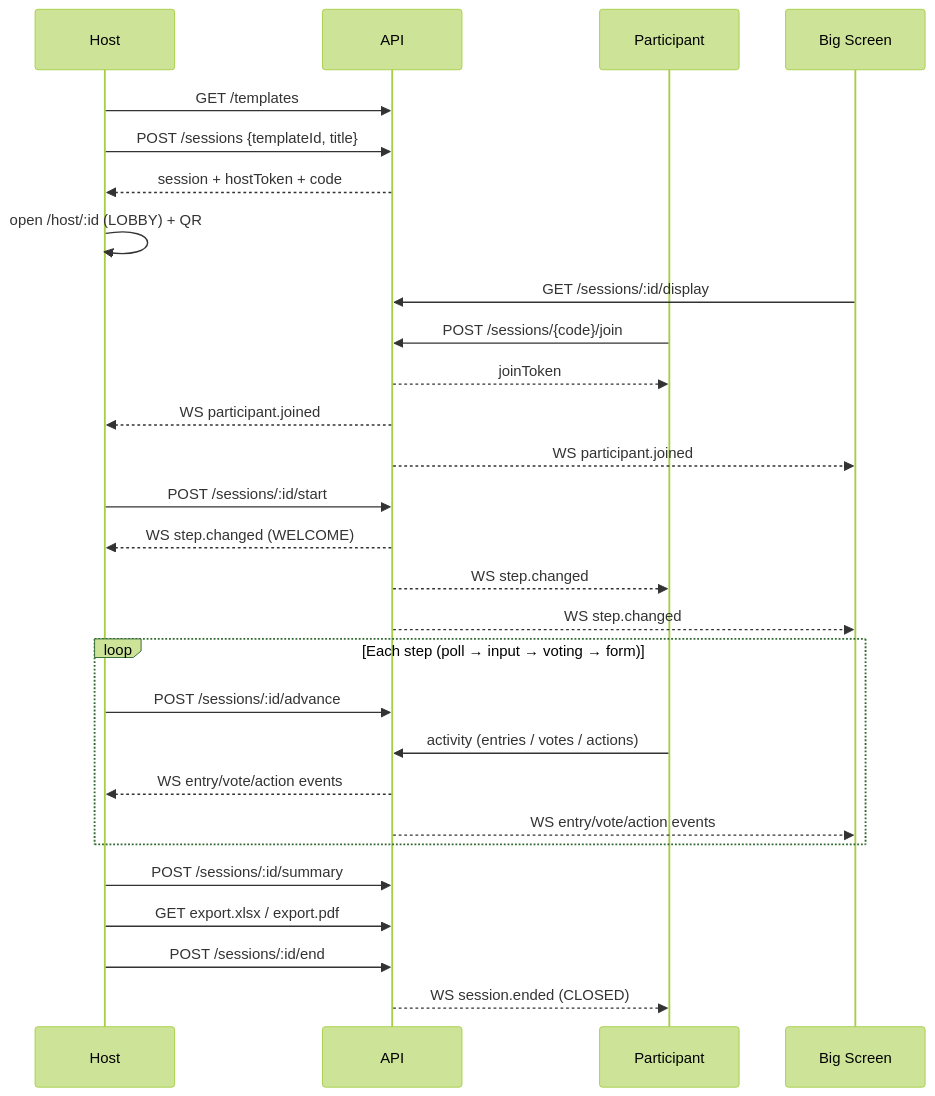
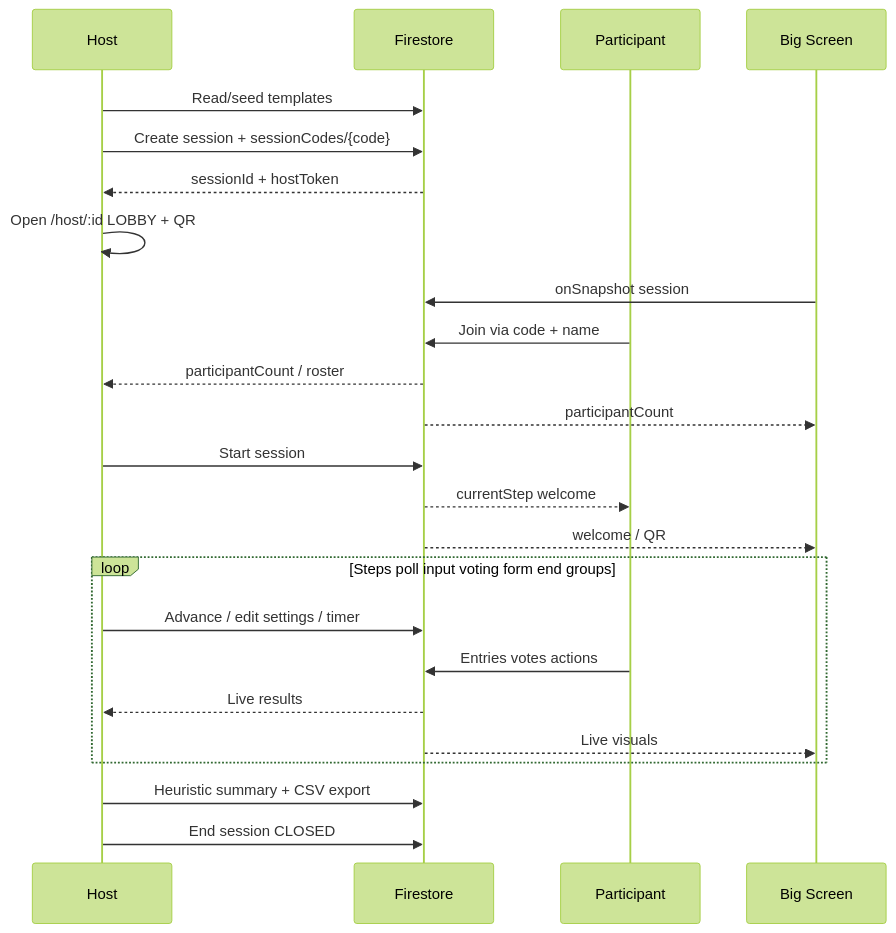
The diagram in docs/FLOWS.md (lebaotrung93z/workshop-os), drawn with Mermaid (forest theme) before and after one commit. The commit also changed other lines of this file and 7 other files, not shown here.

First line of the commit message:
Add big-screen highlight zoom and keep host steps in sync

````diff
--- a/docs/FLOWS.md
+++ b/docs/FLOWS.md
@@ -33,31 +34,27 @@
 ```mermaid
 sequenceDiagram
   participant H as Host
-  participant API as API
+  participant FS as Firestore
   participant P as Participant
   participant D as Big Screen
 
-  H->>API: GET /templates
-  H->>API: POST /sessions {templateId, title}
-  API-->>H: session + hostToken + code
-  H->>H: open /host/:id (LOBBY) + QR
-  D->>API: GET /sessions/:id/display
-  P->>API: POST /sessions/{code}/join
-  API-->>P: joinToken
-  API-->>H: WS participant.joined
-  API-->>D: WS participant.joined
-  H->>API: POST /sessions/:id/start
-  API-->>H: WS step.changed (WELCOME)
-  API-->>P: WS step.changed
-  API-->>D: WS step.changed
-  loop Each step (poll → input → voting → form)
-    H->>API: POST /sessions/:id/advance
-    P->>API: activity (entries / votes / actions)
-    API-->>H: WS entry/vote/action events
-    API-->>D: WS entry/vote/action events
+  H->>FS: Read/seed templates
+  H->>FS: Create session + sessionCodes/{code}
+  FS-->>H: sessionId + hostToken
+  H->>H: Open /host/:id LOBBY + QR
+  D->>FS: onSnapshot session
+  P->>FS: Join via code + name
+  FS-->>H: participantCount / roster
+  FS-->>D: participantCount
+  H->>FS: Start session
+  FS-->>P: currentStep welcome
+  FS-->>D: welcome / QR
+  loop Steps poll input voting form end groups
+    H->>FS: Advance / edit settings / timer
+    P->>FS: Entries votes actions
+    FS-->>H: Live results
+    FS-->>D: Live visuals
   end
-  H->>API: POST /sessions/:id/summary
-  H->>API: GET export.xlsx / export.pdf
-  H->>API: POST /sessions/:id/end
-  API-->>P: WS session.ended (CLOSED)
+  H->>FS: Heuristic summary + CSV export
+  H->>FS: End session CLOSED
 ```
````
